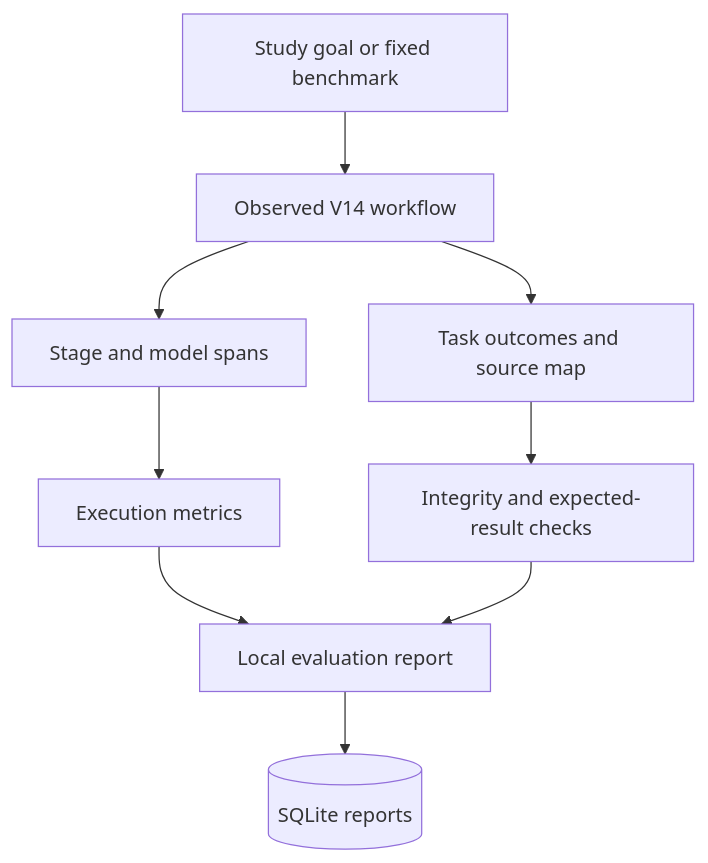
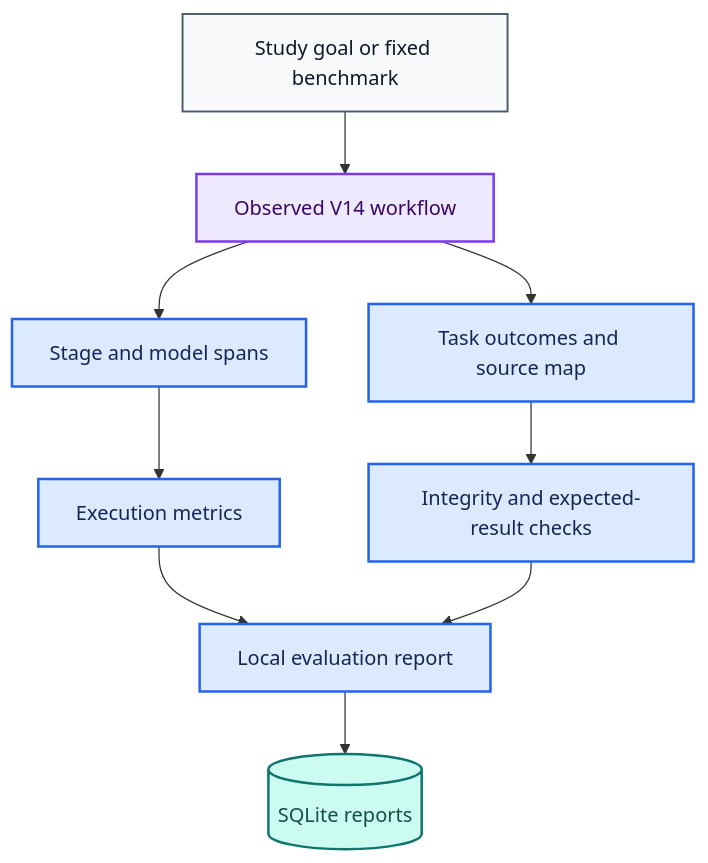
Before and after one commit to anne500/multi-agent-study-guide: the diagram in docs/V15_GUIDE.md, drawn with Mermaid. The commit also changed other lines of this file and 7 other files, not shown here.

Commit message:
Add visual learning map and color-coded architecture documentation

````diff
--- a/docs/V15_GUIDE.md
+++ b/docs/V15_GUIDE.md
@@ -17,11 +19,19 @@
 ```mermaid
 flowchart TD
     A[Study goal or fixed benchmark] --> B[Observed V14 workflow]
     B --> C[Stage and model spans]
     B --> D[Task outcomes and source map]
     C --> E[Execution metrics]
     D --> F[Integrity and expected-result checks]
     E --> G[Local evaluation report]
     F --> G
     G --> H[(SQLite reports)]
+
+    classDef default fill:#F8FAFC,stroke:#475569,color:#0F172A,stroke-width:1.5px;
+    classDef model fill:#EDE9FE,stroke:#7C3AED,color:#3B0764,stroke-width:2px;
+    class B model;
+    classDef logic fill:#DBEAFE,stroke:#2563EB,color:#172554,stroke-width:2px;
+    class C,D,E,F,G logic;
+    classDef store fill:#CCFBF1,stroke:#0F766E,color:#134E4A,stroke-width:2px;
+    class H store;
 ```
````
